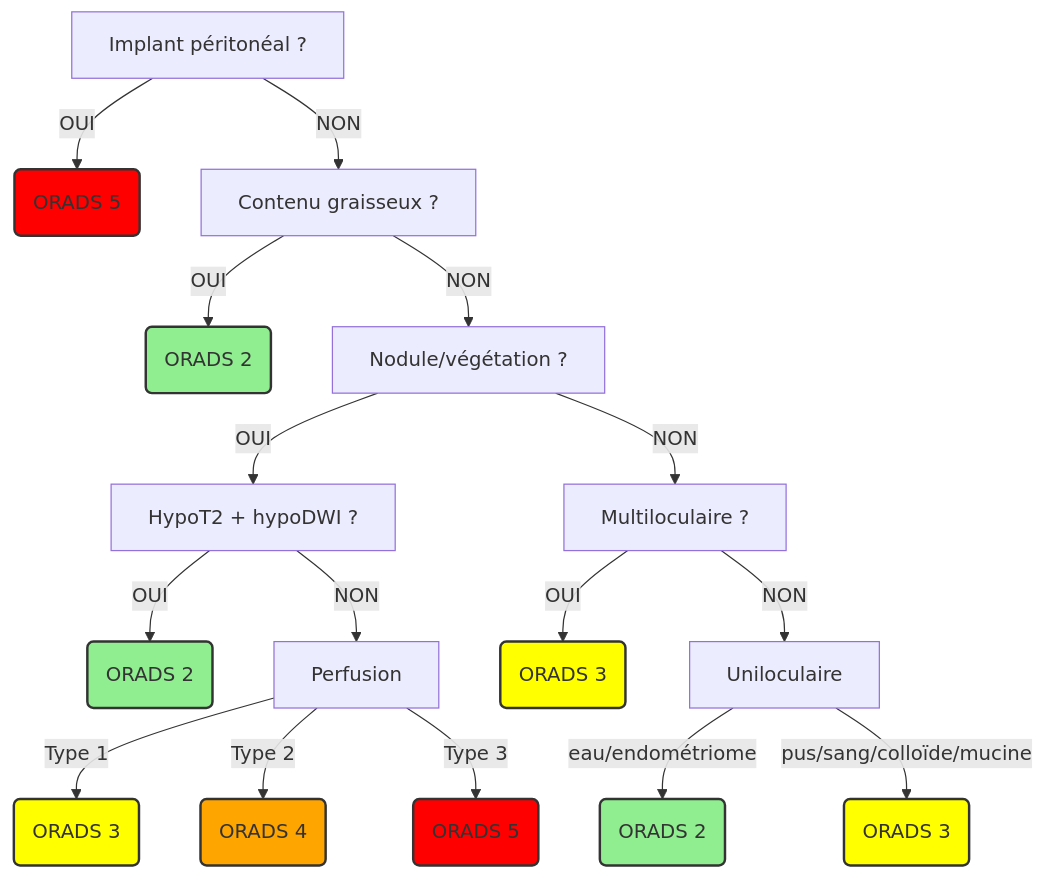
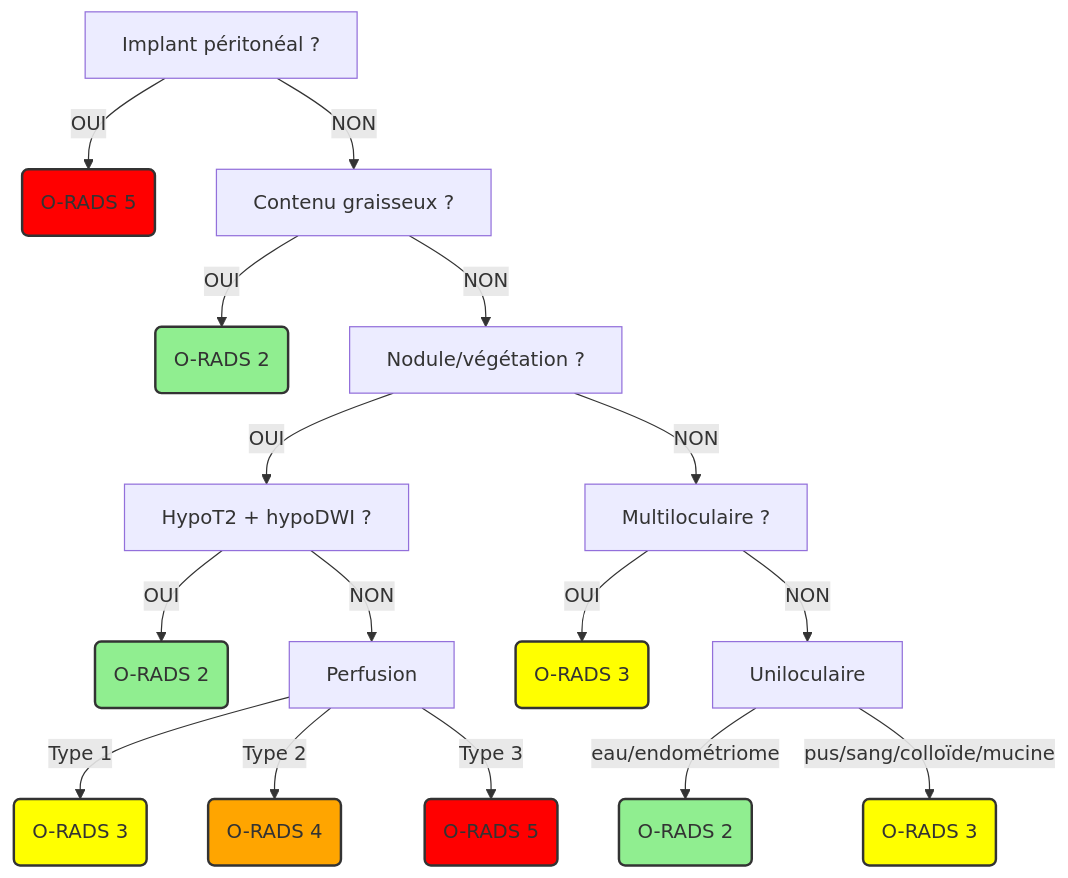
One commit to drlefevre/drlef changed the diagram in docs/femme/ovaires.md. Above: the diagram before and after it, drawn with Mermaid.

Commit message:
O-RADS again

````diff
--- a/docs/femme/ovaires.md
+++ b/docs/femme/ovaires.md
@@ -40,33 +40,33 @@
 ``` mermaid
 graph TD
-    B[Implant péritonéal ?] -->|OUI| R5(ORADS 5)
+    B[Implant péritonéal ?] -->|OUI| R5(O-RADS 5)
     B -->|NON| C[Contenu graisseux ?]
     
-    C -->|OUI| R2a(ORADS 2)
+    C -->|OUI| R2a(O-RADS 2)
     C -->|NON| E[Nodule/végétation ?]
     
     E -->|OUI| F[HypoT2 + hypoDWI ?]
-    F -->|OUI| R2b(ORADS 2)
+    F -->|OUI| R2b(O-RADS 2)
     F -->|NON| G[Perfusion]
     
-    G -->|Type 1| R3a(ORADS 3)
-    G -->|Type 2| R4(ORADS 4)
-    G -->|Type 3| R5b(ORADS 5)
+    G -->|Type 1| R3a(O-RADS 3)
+    G -->|Type 2| R4(O-RADS 4)
+    G -->|Type 3| R5b(O-RADS 5)
     
     E -->|NON| H[Multiloculaire ?]
-    H -->|OUI| R3b(ORADS 3)
+    H -->|OUI| R3b(O-RADS 3)
     H -->|NON| I[Uniloculaire]
 
-    I -->|eau/endométriome| R2c(ORADS 2)
-    I -->|pus/sang/colloïde/mucine| R3c(ORADS 3)
+    I -->|eau/endométriome| R2c(O-RADS 2)
+    I -->|pus/sang/colloïde/mucine| R3c(O-RADS 3)
 
     style R2a fill:#90ee90,stroke:#333,stroke-width:2px
     style R2b fill:#90ee90,stroke:#333,stroke-width:2px
     style R2c fill:#90ee90,stroke:#333,stroke-width:2px
     style R3a fill:#ffff00,stroke:#333,stroke-width:2px
     style R3b fill:#ffff00,stroke:#333,stroke-width:2px
     style R3c fill:#ffff00,stroke:#333,stroke-width:2px
     style R4 fill:#ffa500,stroke:#333,stroke-width:2px
     style R5 fill:#ff0000,stroke:#333,stroke-width:2px
     style R5b fill:#ff0000,stroke:#333,stroke-width:2px
 ```
````
